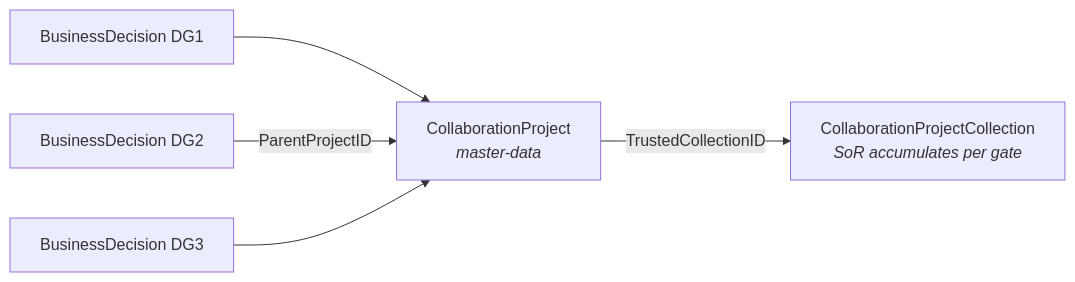
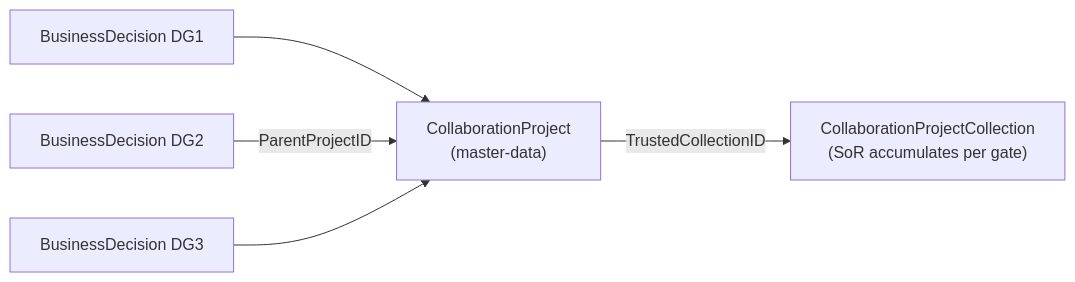
Before and after one commit to equinor/ores: the second of 6 diagrams in md/PWS.md, drawn with Mermaid. The commit also changed other lines of this file and 3 other files, not shown here.

````diff
--- a/md/PWS.md
+++ b/md/PWS.md
@@ -15,7 +44,7 @@
 ```mermaid
 graph LR
-  DG1["BusinessDecision DG1"] --> CP["CollaborationProject<br/><i>master-data</i>"]
+  DG1["BusinessDecision DG1"] --> CP["CollaborationProject<br/>(master-data)"]
   DG2["BusinessDecision DG2"] -->|ParentProjectID| CP
   DG3["BusinessDecision DG3"] --> CP
-  CP -->|TrustedCollectionID| TC["CollaborationProjectCollection<br/><i>SoR accumulates per gate</i>"]
+  CP -->|TrustedCollectionID| TC["CollaborationProjectCollection<br/>(SoR accumulates per gate)"]
 ```
````
